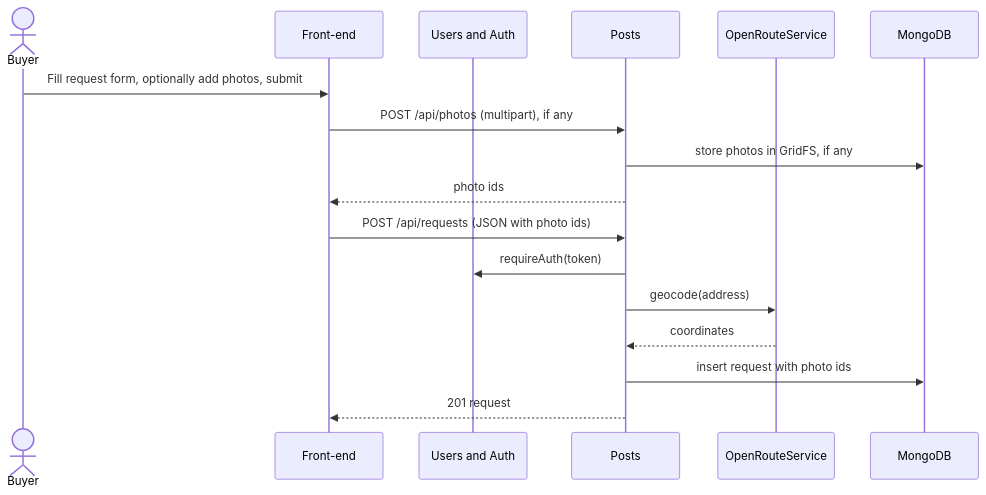
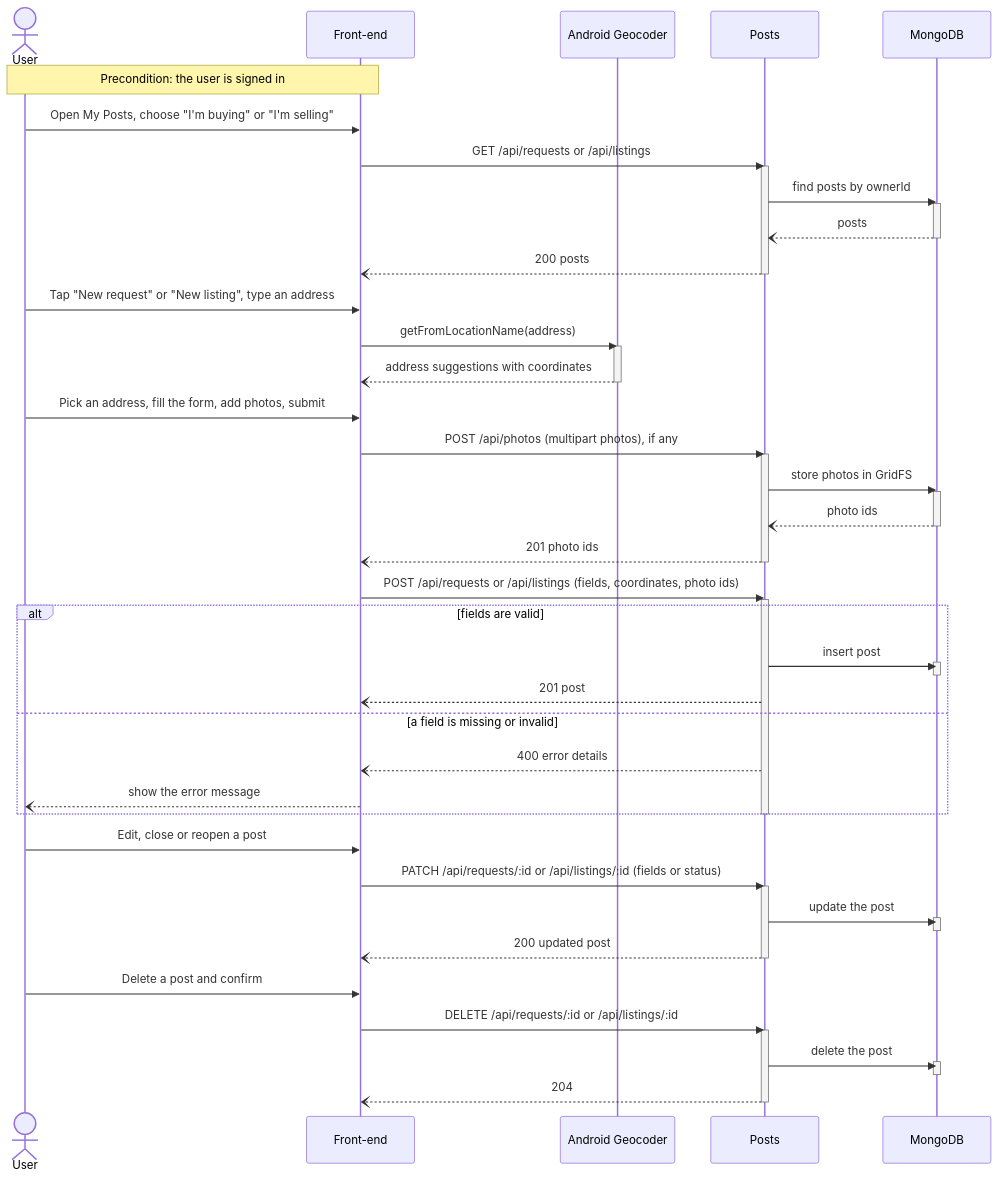
One commit to m1lun/m1skeletonProject changed the second of 6 diagrams in documentation/Requirements_and_Design.md. Above: the diagram before and after it, drawn with Mermaid. The commit also changed other lines of this file and 3 other files, not shown here.

First line of the commit message:
docs: align requirements and design diagrams with the use cases and components

````diff
--- a/documentation/Requirements_and_Design.md
+++ b/documentation/Requirements_and_Design.md
@@ -421,19 +449,60 @@
 ```mermaid
 sequenceDiagram
-    actor B as Buyer
+    actor U as User
     participant FE as Front-end
-    participant UA as Users and Auth
+    participant GEO as Android Geocoder
     participant P as Posts
-    participant ORS as OpenRouteService
     participant DB as MongoDB
-    B->>FE: Fill request form, optionally add photos, submit
-    FE->>P: POST /api/photos (multipart), if any
-    P->>DB: store photos in GridFS, if any
-    P-->>FE: photo ids
-    FE->>P: POST /api/requests (JSON with photo ids)
-    P->>UA: requireAuth(token)
-    P->>ORS: geocode(address)
-    ORS-->>P: coordinates
-    P->>DB: insert request with photo ids
-    P-->>FE: 201 request
+    Note over U,FE: Precondition: the user is signed in
+    U->>FE: Open My Posts, choose "I'm buying" or "I'm selling"
+    FE->>P: GET /api/requests or /api/listings
+    activate P
+    P->>DB: find posts by ownerId
+    activate DB
+    DB--)P: posts
+    deactivate DB
+    P--)FE: 200 posts
+    deactivate P
+    U->>FE: Tap "New request" or "New listing", type an address
+    FE->>GEO: getFromLocationName(address)
+    activate GEO
+    GEO--)FE: address suggestions with coordinates
+    deactivate GEO
+    U->>FE: Pick an address, fill the form, add photos, submit
+    FE->>P: POST /api/photos (multipart photos), if any
+    activate P
+    P->>DB: store photos in GridFS
+    activate DB
+    DB--)P: photo ids
+    deactivate DB
+    P--)FE: 201 photo ids
+    deactivate P
+    FE->>P: POST /api/requests or /api/listings (fields, coordinates, photo ids)
+    activate P
+    alt fields are valid
+        P->>DB: insert post
+        activate DB
+        deactivate DB
+        P--)FE: 201 post
+    else a field is missing or invalid
+        P--)FE: 400 error details
+        FE--)U: show the error message
+    end
+    deactivate P
+    U->>FE: Edit, close or reopen a post
+    FE->>P: PATCH /api/requests/:id or /api/listings/:id (fields or status)
+    activate P
+    P->>DB: update the post
+    activate DB
+    deactivate DB
+    P--)FE: 200 updated post
+    deactivate P
+    U->>FE: Delete a post and confirm
+    FE->>P: DELETE /api/requests/:id or /api/listings/:id
+    activate P
+    P->>DB: delete the post
+    activate DB
+    deactivate DB
+    P--)FE: 204
+    deactivate P
 ```
````
